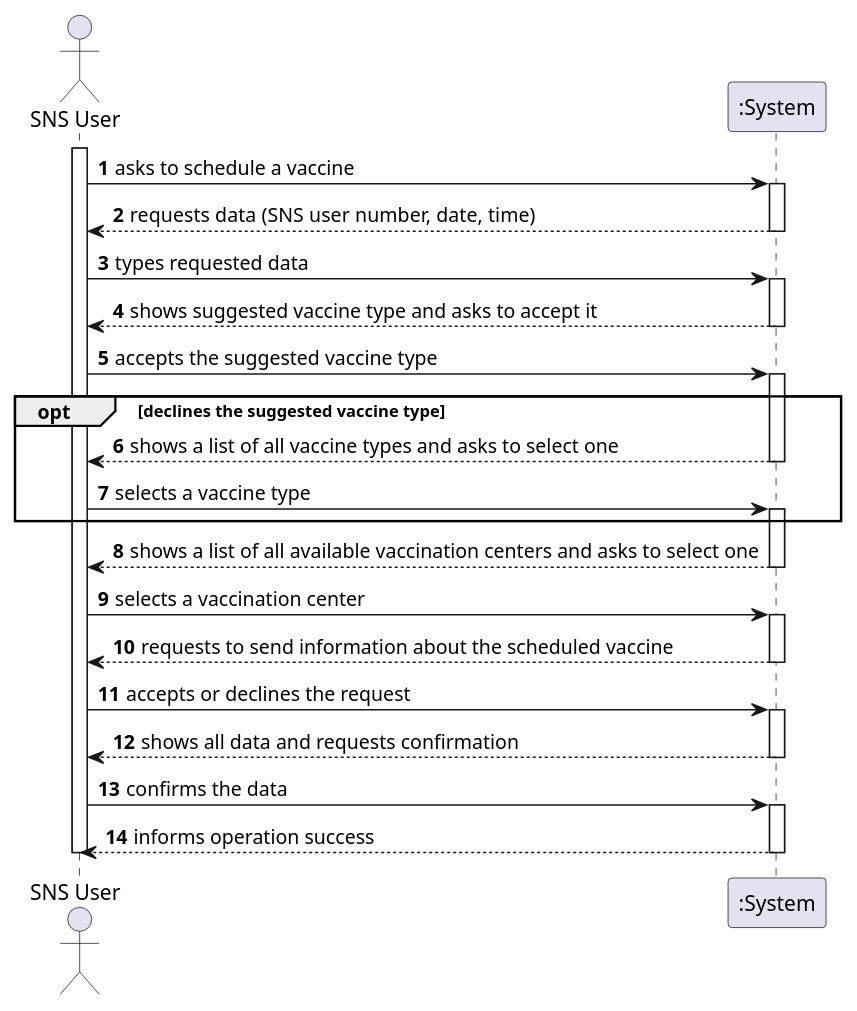
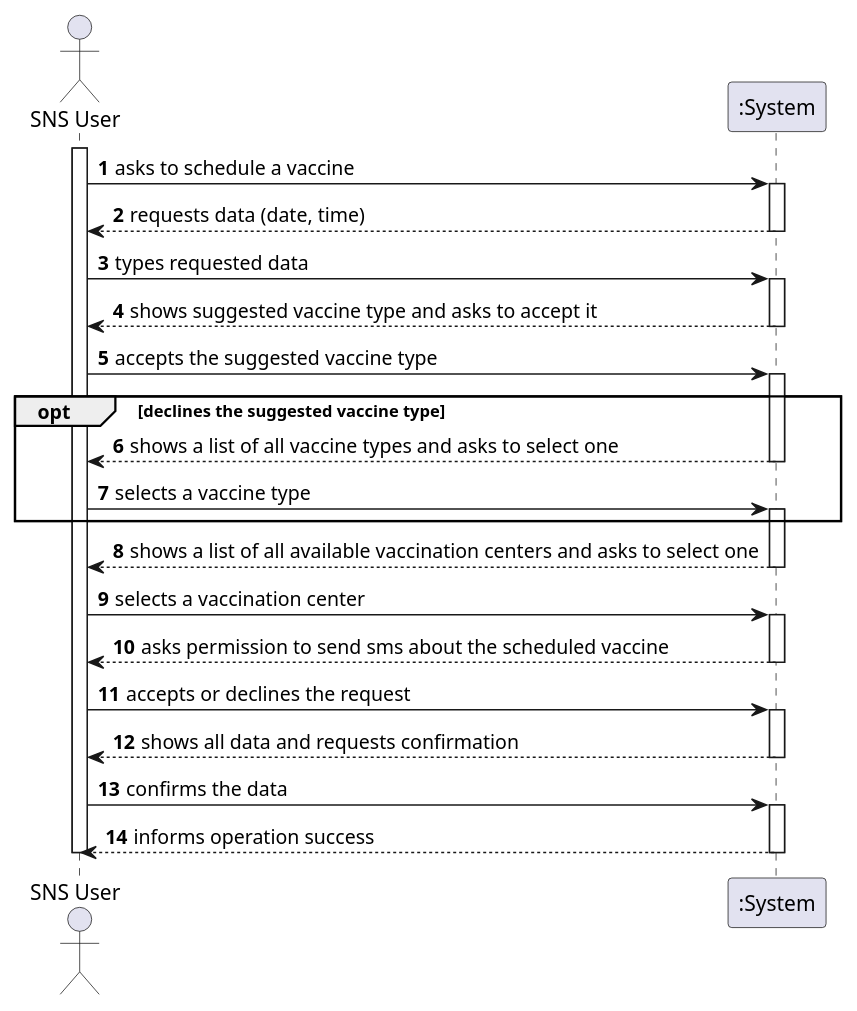
One commit to miseEnPlace-i/lapr2 changed the diagram in docs/SprintC/US01/SSD/US01_SSD.puml. Above: the diagram before and after it, drawn with PlantUML.

Commit message:
docs(us-01): updated ssd

```diff
--- a/docs/SprintC/US01/SSD/US01_SSD.puml
+++ b/docs/SprintC/US01/SSD/US01_SSD.puml
@@ -1,45 +1,45 @@
 @startuml US01_SSD
 autonumber
 actor "SNS User" as user
 
 activate user
 
 user -> ":System" : asks to schedule a vaccine
 activate ":System"
-":System" --> user : requests data (SNS user number, date, time)
+":System" --> user : requests data (date, time)
 deactivate ":System"
 
 user -> ":System" : types requested data
 activate ":System"
 ":System" --> user : shows suggested vaccine type and asks to accept it
 deactivate ":System"
 
 user -> ":System" : accepts the suggested vaccine type
 opt declines the suggested vaccine type
     activate ":System"
     ":System" --> user : shows a list of all vaccine types and asks to select one
     deactivate ":System"
     user -> ":System" : selects a vaccine type
     activate ":System"
 end
 ":System" --> user : shows a list of all available vaccination centers and asks to select one
 deactivate ":System"
 
 user -> ":System" : selects a vaccination center
 activate ":System"
-":System" --> user : requests to send information about the scheduled vaccine
+":System" --> user : asks permission to send sms about the scheduled vaccine
 deactivate ":System"
   
 user -> ":System" : accepts or declines the request
 activate ":System"
 ":System" --> user : shows all data and requests confirmation
 deactivate ":System"
 
 user -> ":System" : confirms the data
 activate ":System"
 ":System" --> user : informs operation success
 deactivate ":System"
 
 deactivate user
 
 @enduml
```
